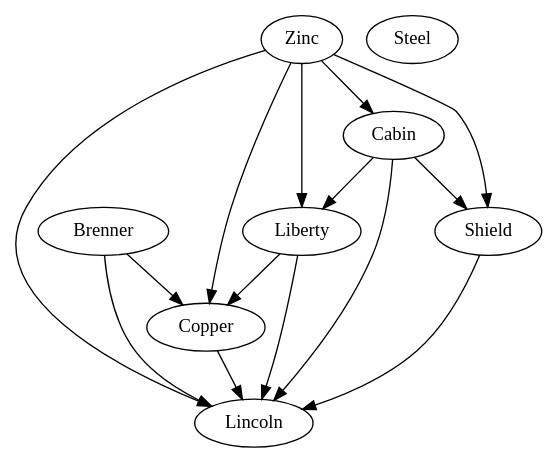
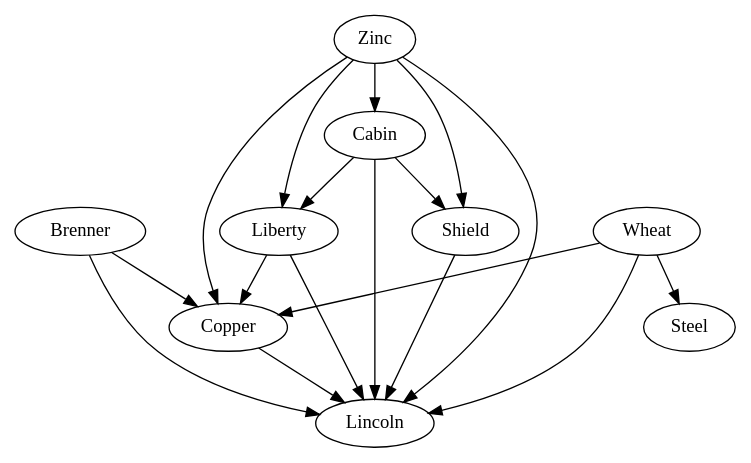
One commit to analyticd/penny changed the diagram in bin/doc/dependencies.dot. Above: the diagram before and after it, drawn with Graphviz.

```diff
--- a/bin/doc/dependencies.dot
+++ b/bin/doc/dependencies.dot
@@ -1,23 +1,25 @@
 /* This file shows the dependencies between the different main modules
 of Penny.
 
 To render, run
 dot -Tps dependencies.dot -o dependencies.ps
 */
 digraph G {
         Brenner -> Lincoln;
         Brenner -> Copper;
         Cabin -> Lincoln;
         Cabin -> Liberty;
         Cabin -> Shield;
         Copper -> Lincoln;
         Liberty -> Lincoln;
         Liberty -> Copper;
         Shield -> Lincoln;
         Zinc -> Cabin;
         Zinc -> Copper;
         Zinc -> Liberty;
         Zinc -> Lincoln;
         Zinc -> Shield;
-        Steel;
+        Wheat -> Steel;
+        Wheat -> Lincoln;
+        Wheat -> Copper;
 }
```
